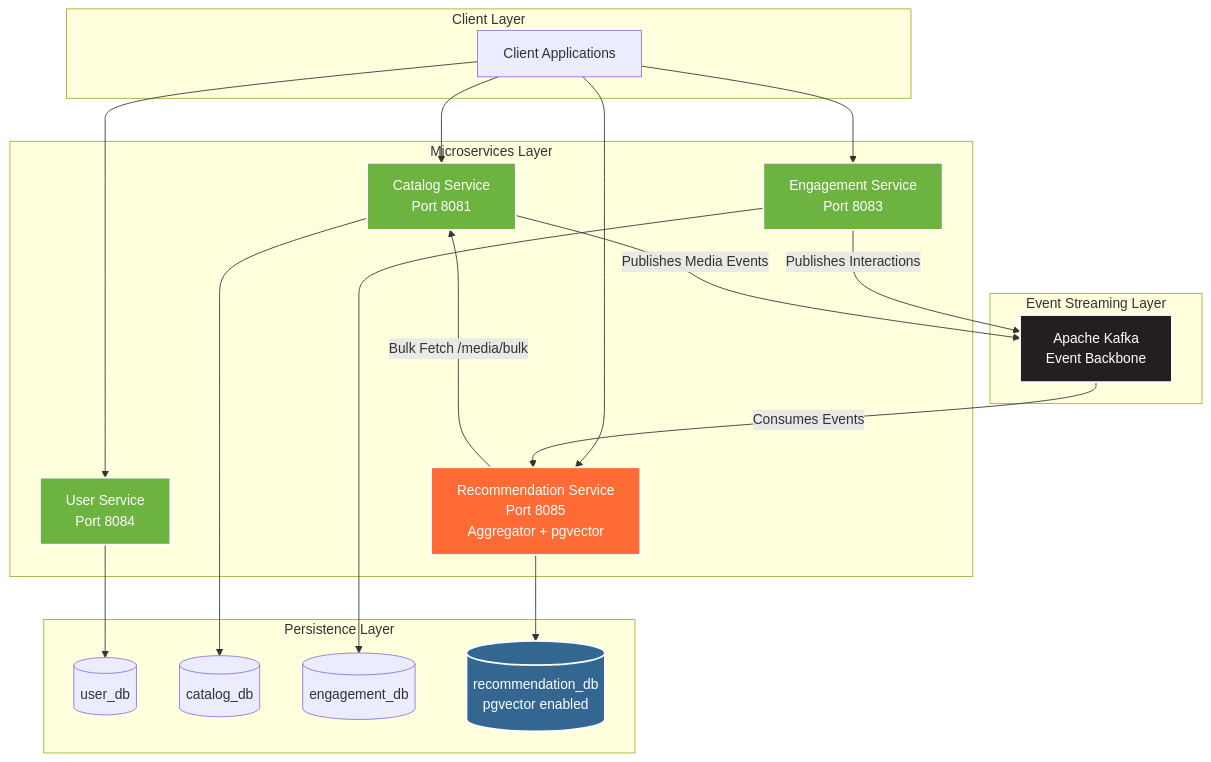
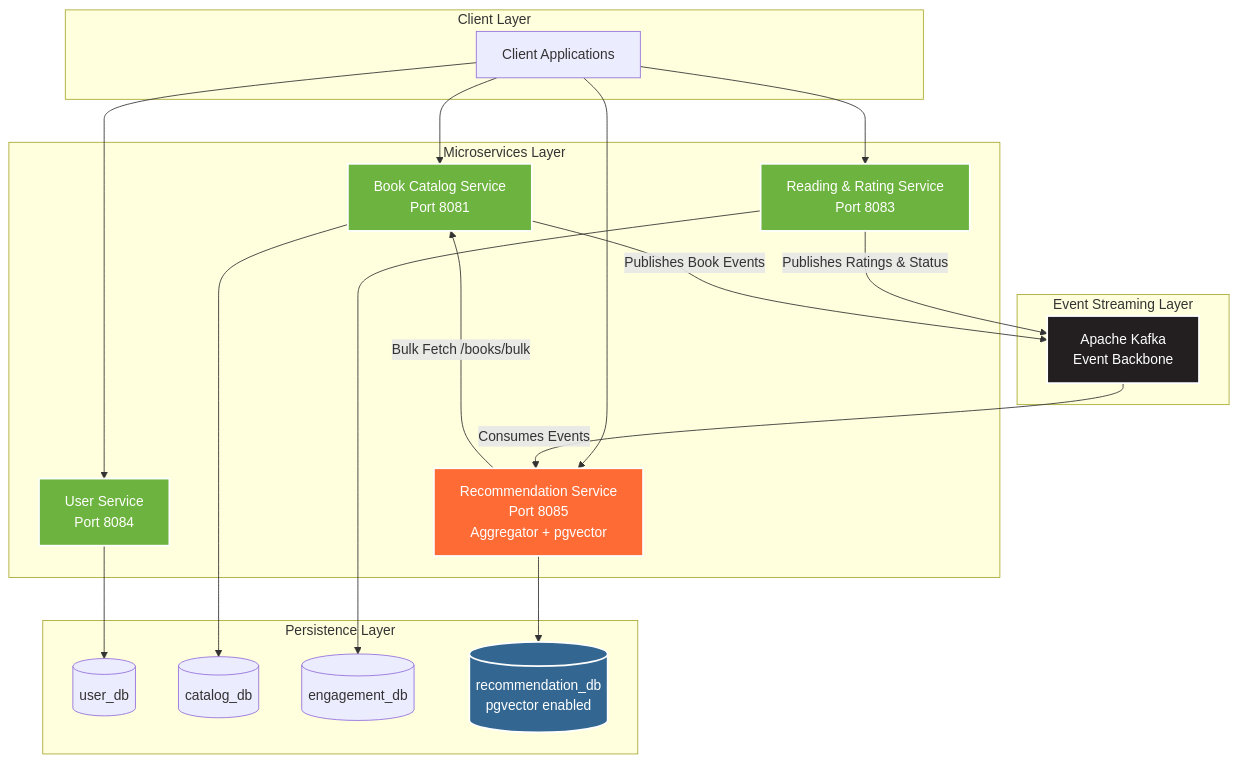
Before and after one commit to Luca5Eckert/VellumHub: the diagram in README.md, drawn with Mermaid. The commit also changed other lines of this file and 1 other file, not shown here.

First line of the commit message:
Pivot to VellumHub: book-focused platform identity, sprint planning, and architecture docs (#61)

````diff
--- a/README.md
+++ b/README.md
@@ -55,45 +65,45 @@
 ```mermaid
 graph TB
     subgraph "Client Layer"
         CLIENT[Client Applications]
     end
     
     subgraph "Microservices Layer"
         US[User Service<br/>Port 8084]
-        CS[Catalog Service<br/>Port 8081]
-        ES[Engagement Service<br/>Port 8083]
+        CS[Book Catalog Service<br/>Port 8081]
+        ES[Reading & Rating Service<br/>Port 8083]
         RS[Recommendation Service<br/>Port 8085<br/>Aggregator + pgvector]
     end
     
     subgraph "Event Streaming Layer"
         KAFKA[Apache Kafka<br/>Event Backbone]
     end
     
     subgraph "Persistence Layer"
         USER_DB[(user_db)]
         CATALOG_DB[(catalog_db)]
         ENGAGEMENT_DB[(engagement_db)]
         REC_DB[(recommendation_db<br/>pgvector enabled)]
     end
     
     CLIENT --> US
     CLIENT --> CS
     CLIENT --> ES
     CLIENT --> RS
     
     US --> USER_DB
     CS --> CATALOG_DB
     ES --> ENGAGEMENT_DB
-    ES -->|Publishes Interactions| KAFKA
-    CS -->|Publishes Media Events| KAFKA
+    ES -->|Publishes Ratings & Status| KAFKA
+    CS -->|Publishes Book Events| KAFKA
     KAFKA -->|Consumes Events| RS
     RS --> REC_DB
-    RS -->|Bulk Fetch /media/bulk| CS
+    RS -->|Bulk Fetch /books/bulk| CS
     
     style KAFKA fill:#231F20,stroke:#fff,stroke-width:2px,color:#fff
     style US fill:#6DB33F,stroke:#fff,stroke-width:2px,color:#fff
     style CS fill:#6DB33F,stroke:#fff,stroke-width:2px,color:#fff
     style ES fill:#6DB33F,stroke:#fff,stroke-width:2px,color:#fff
     style RS fill:#FF6B35,stroke:#fff,stroke-width:2px,color:#fff
     style REC_DB fill:#336791,stroke:#fff,stroke-width:2px,color:#fff
 ```
````
